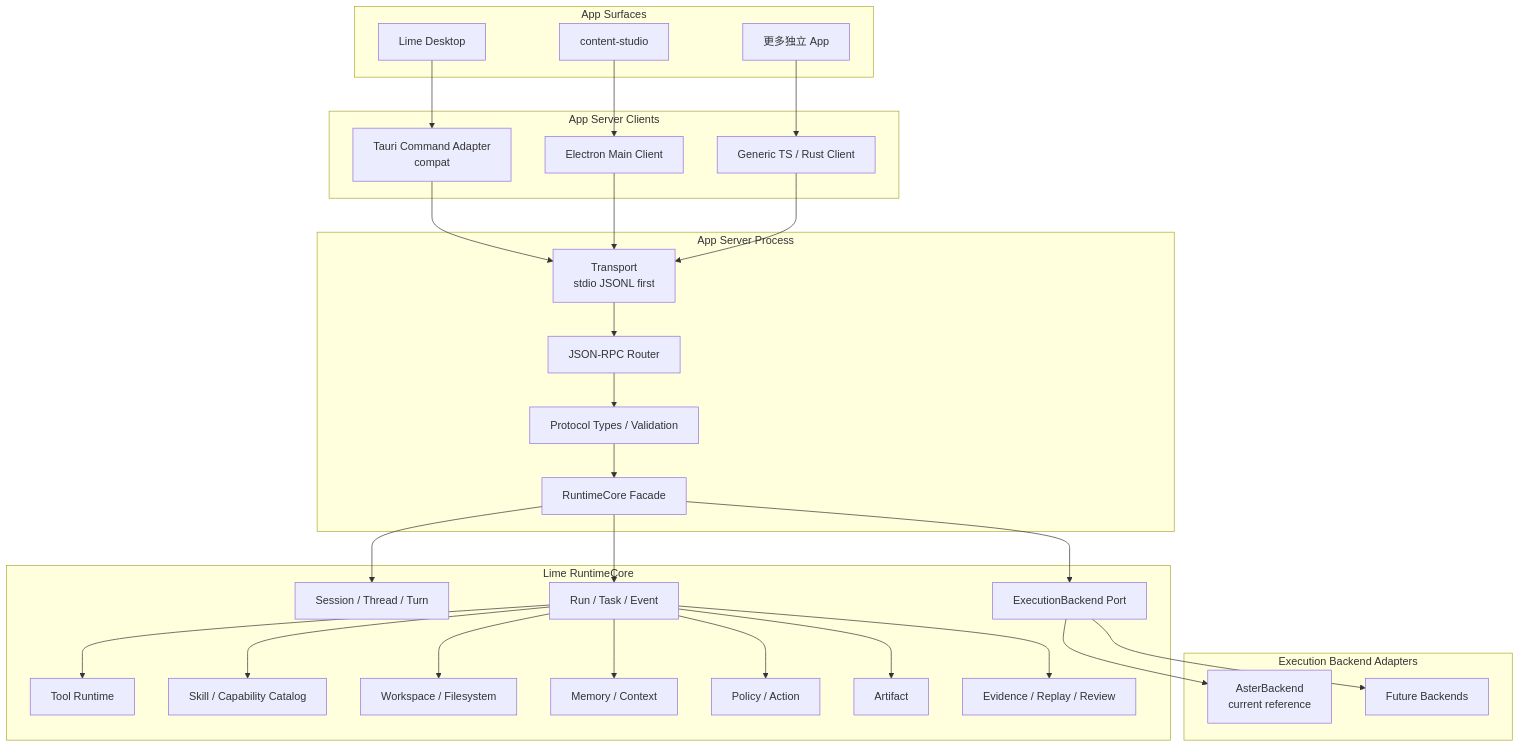
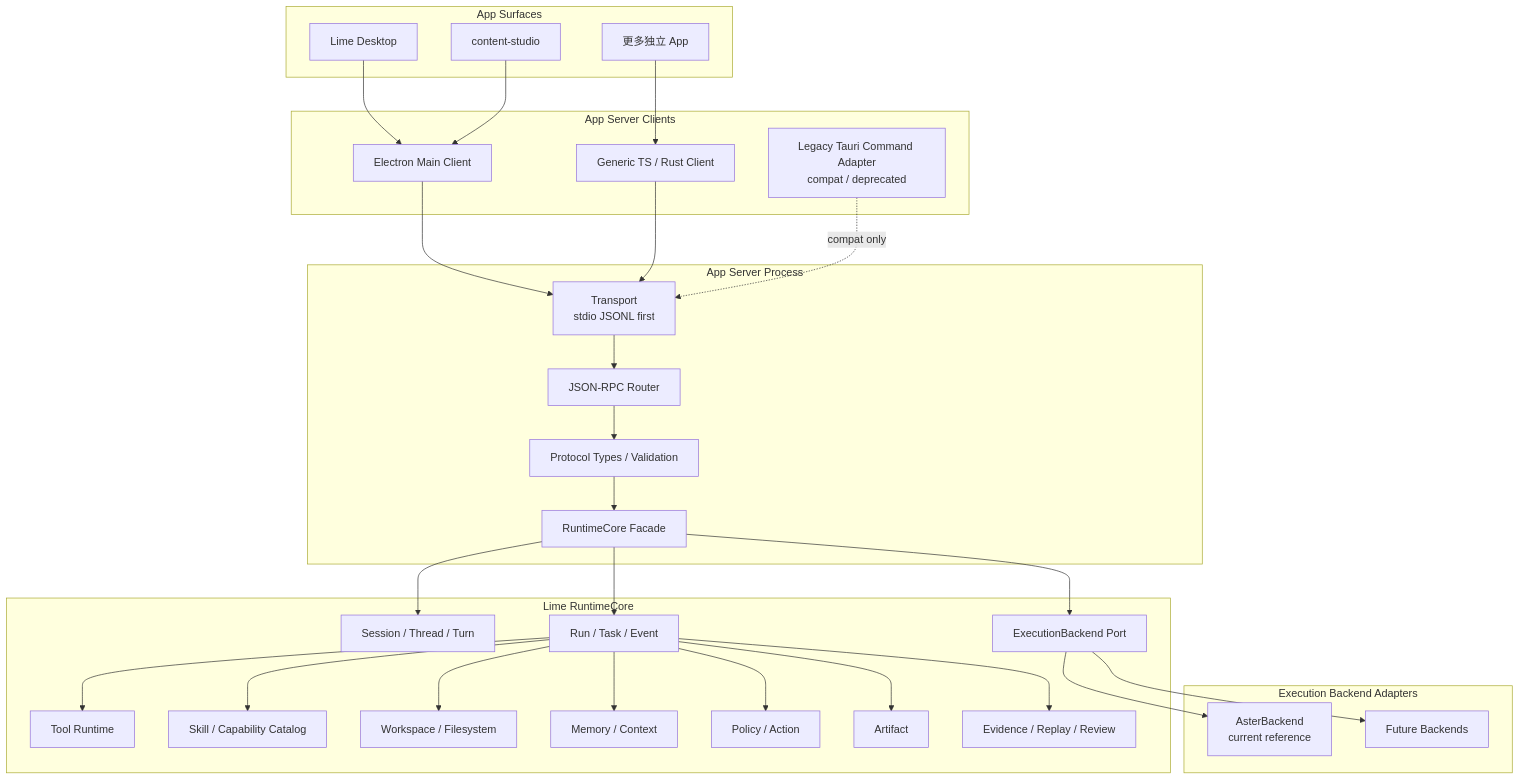
One commit to jiujuan/lime changed the first of 2 diagrams in internal/roadmap/appserver/architecture.md. Above: the diagram before and after it, drawn with Mermaid. The commit also changed other lines of this file and 2377 other files, not shown here.

````diff
--- a/internal/roadmap/appserver/architecture.md
+++ b/internal/roadmap/appserver/architecture.md
@@ -18,56 +18,59 @@
 ```mermaid
 flowchart TB
     subgraph Apps["App Surfaces"]
         Desktop["Lime Desktop"]
         ContentStudio["content-studio"]
         OtherApps["更多独立 App"]
     end
 
     subgraph Clients["App Server Clients"]
-        TauriAdapter["Tauri Command Adapter<br/>compat"]
+        LegacyTauriAdapter["Legacy Tauri Command Adapter<br/>compat / deprecated"]
         ElectronClient["Electron Main Client"]
         GenericClient["Generic TS / Rust Client"]
     end
 
     subgraph Server["App Server Process"]
         Transport["Transport<br/>stdio JSONL first"]
         Router["JSON-RPC Router"]
         Protocol["Protocol Types / Validation"]
         ServiceFacade["RuntimeCore Facade"]
     end
 
     subgraph Runtime["Lime RuntimeCore"]
         Session["Session / Thread / Turn"]
         Run["Run / Task / Event"]
         BackendPort["ExecutionBackend Port"]
         Tool["Tool Runtime"]
         Skill["Skill / Capability Catalog"]
         Workspace["Workspace / Filesystem"]
         Memory["Memory / Context"]
         Policy["Policy / Action"]
         Artifact["Artifact"]
         Evidence["Evidence / Replay / Review"]
     end
 
     subgraph Backends["Execution Backend Adapters"]
         Aster["AsterBackend<br/>current reference"]
         Future["Future Backends"]
     end
 
-    Desktop --> TauriAdapter --> Transport
-    ContentStudio --> ElectronClient --> Transport
-    OtherApps --> GenericClient --> Transport
+    Desktop --> ElectronClient
+    ContentStudio --> ElectronClient
+    OtherApps --> GenericClient
+    ElectronClient --> Transport
+    GenericClient --> Transport
+    LegacyTauriAdapter -. "compat only" .-> Transport
     Transport --> Router --> Protocol --> ServiceFacade
     ServiceFacade --> Session
     ServiceFacade --> Run
     ServiceFacade --> BackendPort
     BackendPort --> Aster
     BackendPort --> Future
     Run --> Tool
     Run --> Skill
     Run --> Workspace
     Run --> Memory
     Run --> Policy
     Run --> Artifact
     Run --> Evidence
 ```
````
